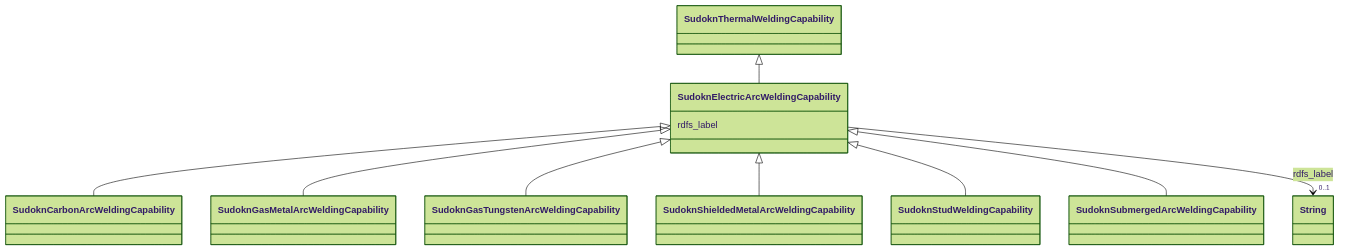
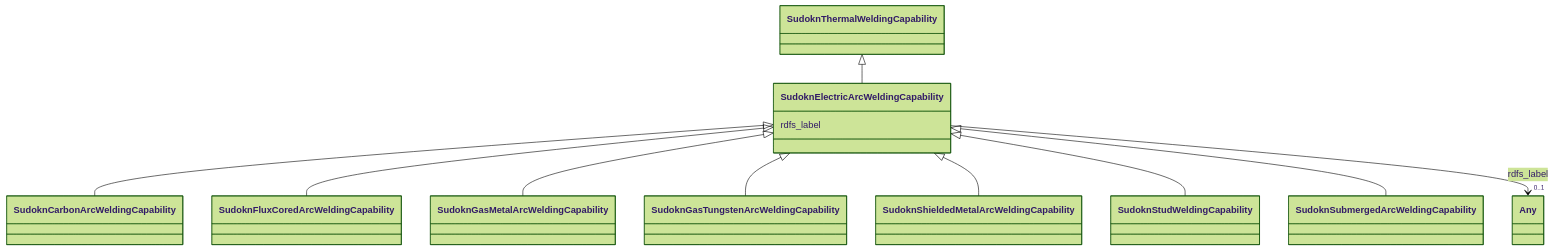
The diagram in sudokn-kg/classes/SudoknElectricArcWeldingCapability.md (frink-okn/graph-descriptions), drawn with Mermaid (forest theme) before and after one commit. The commit also changed other lines of this file and 903 other files, not shown here.

````diff
--- a/sudokn-kg/classes/SudoknElectricArcWeldingCapability.md
+++ b/sudokn-kg/classes/SudoknElectricArcWeldingCapability.md
@@ -23,33 +16,35 @@
 ```mermaid
  classDiagram
     class SudoknElectricArcWeldingCapability
     click SudoknElectricArcWeldingCapability href "../SudoknElectricArcWeldingCapability"
       SudoknThermalWeldingCapability <|-- SudoknElectricArcWeldingCapability
         click SudoknThermalWeldingCapability href "../SudoknThermalWeldingCapability"
       
 
       SudoknElectricArcWeldingCapability <|-- SudoknCarbonArcWeldingCapability
         click SudoknCarbonArcWeldingCapability href "../SudoknCarbonArcWeldingCapability"
+      SudoknElectricArcWeldingCapability <|-- SudoknFluxCoredArcWeldingCapability
+        click SudoknFluxCoredArcWeldingCapability href "../SudoknFluxCoredArcWeldingCapability"
       SudoknElectricArcWeldingCapability <|-- SudoknGasMetalArcWeldingCapability
         click SudoknGasMetalArcWeldingCapability href "../SudoknGasMetalArcWeldingCapability"
       SudoknElectricArcWeldingCapability <|-- SudoknGasTungstenArcWeldingCapability
         click SudoknGasTungstenArcWeldingCapability href "../SudoknGasTungstenArcWeldingCapability"
       SudoknElectricArcWeldingCapability <|-- SudoknShieldedMetalArcWeldingCapability
         click SudoknShieldedMetalArcWeldingCapability href "../SudoknShieldedMetalArcWeldingCapability"
       SudoknElectricArcWeldingCapability <|-- SudoknStudWeldingCapability
         click SudoknStudWeldingCapability href "../SudoknStudWeldingCapability"
       SudoknElectricArcWeldingCapability <|-- SudoknSubmergedArcWeldingCapability
         click SudoknSubmergedArcWeldingCapability href "../SudoknSubmergedArcWeldingCapability"
       
       
       SudoknElectricArcWeldingCapability : rdfs_label
         
           
     
     
-    SudoknElectricArcWeldingCapability --> "0..1" String : rdfs_label
-    click String href "../String"
+    SudoknElectricArcWeldingCapability --> "0..1" Any : rdfs_label
+    click Any href "../Any"
 
         
       
 ```
````
